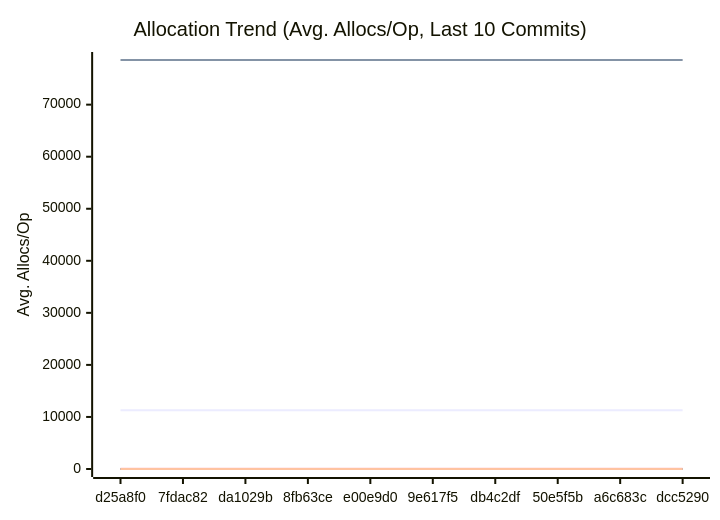
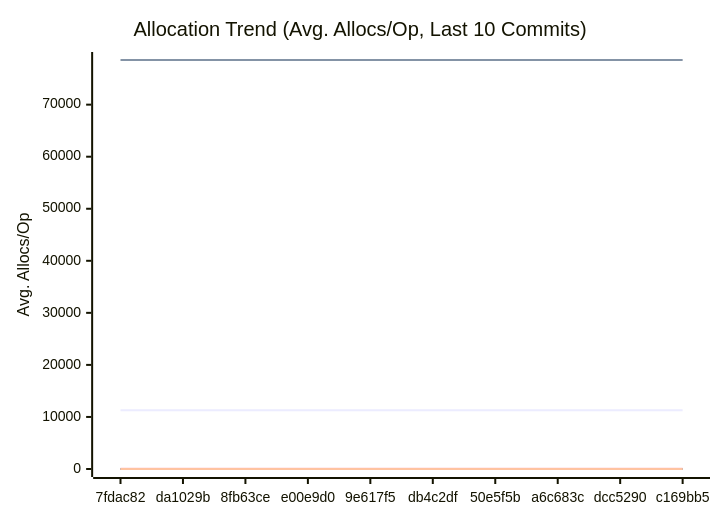
One commit to alsotoes/momo changed the third of 3 diagrams in docs/PERFORMANCE.md. Above: the diagram before and after it, drawn with Mermaid. The commit also changed other lines of this file and 3 other files, not shown here.

````diff
--- a/docs/PERFORMANCE.md
+++ b/docs/PERFORMANCE.md
@@ -197,20 +197,20 @@
 ```mermaid
 xychart-beta
     title "Allocation Trend (Avg. Allocs/Op, Last 10 Commits)"
     x-axis "Commit"
     y-axis "Avg. Allocs/Op"
-    x-axis [d25a8f0,7fdac82,da1029b,8fb63ce,e00e9d0,9e617f5,db4c2df,50e5f5b,a6c683c,dcc5290]
-    line "AWSChunkedReaderSigned" [11276,11292,11270,11274,11274,11275,11292,11274,11284,11270]
-    line "AWSChunkedReaderUnsigned" [78570,78560,78555,78563,78570,78558,78578,78566,78561,78559]
+    x-axis [7fdac82,da1029b,8fb63ce,e00e9d0,9e617f5,db4c2df,50e5f5b,a6c683c,dcc5290,c169bb5]
+    line "AWSChunkedReaderSigned" [11292,11270,11274,11274,11275,11292,11274,11284,11270,11276]
+    line "AWSChunkedReaderUnsigned" [78560,78555,78563,78570,78558,78578,78566,78561,78559,78564]
     line "CheckMetricsAndSwap" [0,0,0,0,0,0,0,0,0,0]
     line "CrushOptimized" [0,0,0,0,0,0,0,0,0,0]
     line "CrushOriginal" [3,3,3,3,3,3,3,3,3,3]
     line "IndexDirectTracking" [0,0,0,0,0,0,0,0,0,0]
     line "IndexSearch" [0,0,0,0,0,0,0,0,0,0]
     line "LoadGlobalConfig" [54,54,54,54,54,54,54,54,54,54]
     line "PadString" [1,1,1,1,1,1,1,1,1,1]
     line "ParseReplicationOrder_NoPrealloc" [6,6,6,6,6,5,5,5,5,5]
     line "ParseReplicationOrder_Prealloc" [2,2,2,2,2,1,1,1,1,1]
     line "SanitizeLog/Safe" [0,0,0,0,0,0,0,0,0,0]
     line "SanitizeLog/Unsafe" [1,1,1,1,1,1,1,1,1,1]
 ```
````
